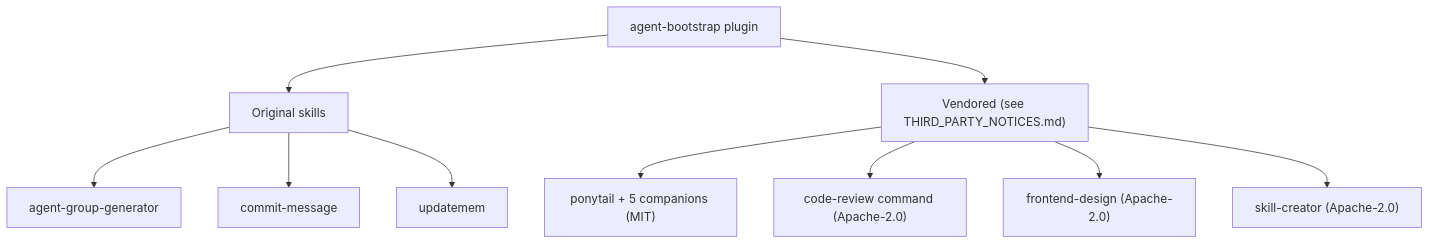
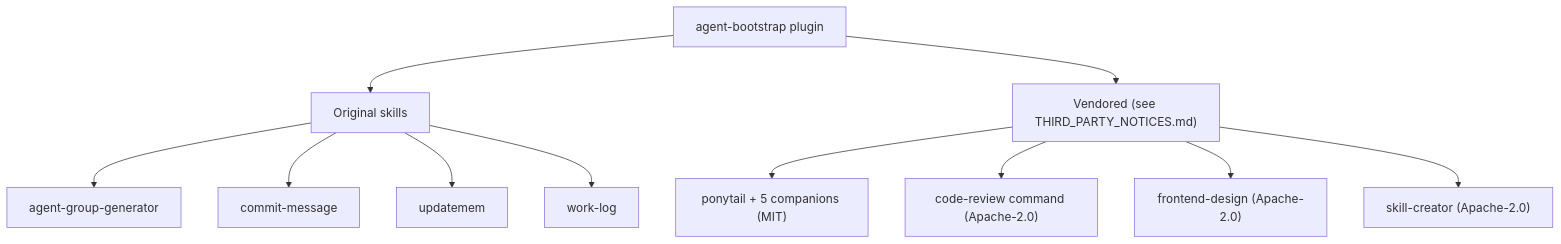
One commit to Thiraj-tech/agent-bootstrap changed the fourth of 4 diagrams in README.md. Above: the diagram before and after it, drawn with Mermaid. The commit also changed other lines of this file and 1 other file, not shown here.

First line of the commit message:
Add work-log skill for Jira timesheets from git commits

````diff
--- a/README.md
+++ b/README.md
@@ -95,12 +97,13 @@
 ```mermaid
 flowchart TD
     Plugin["agent-bootstrap plugin"] --> Original["Original skills"]
     Plugin --> Vendored["Vendored (see THIRD_PARTY_NOTICES.md)"]
     Original --> O1["agent-group-generator"]
     Original --> O2["commit-message"]
     Original --> O3["updatemem"]
+    Original --> O4["work-log"]
     Vendored --> V1["ponytail + 5 companions (MIT)"]
     Vendored --> V2["code-review command (Apache-2.0)"]
     Vendored --> V3["frontend-design (Apache-2.0)"]
     Vendored --> V4["skill-creator (Apache-2.0)"]
 ```
````
